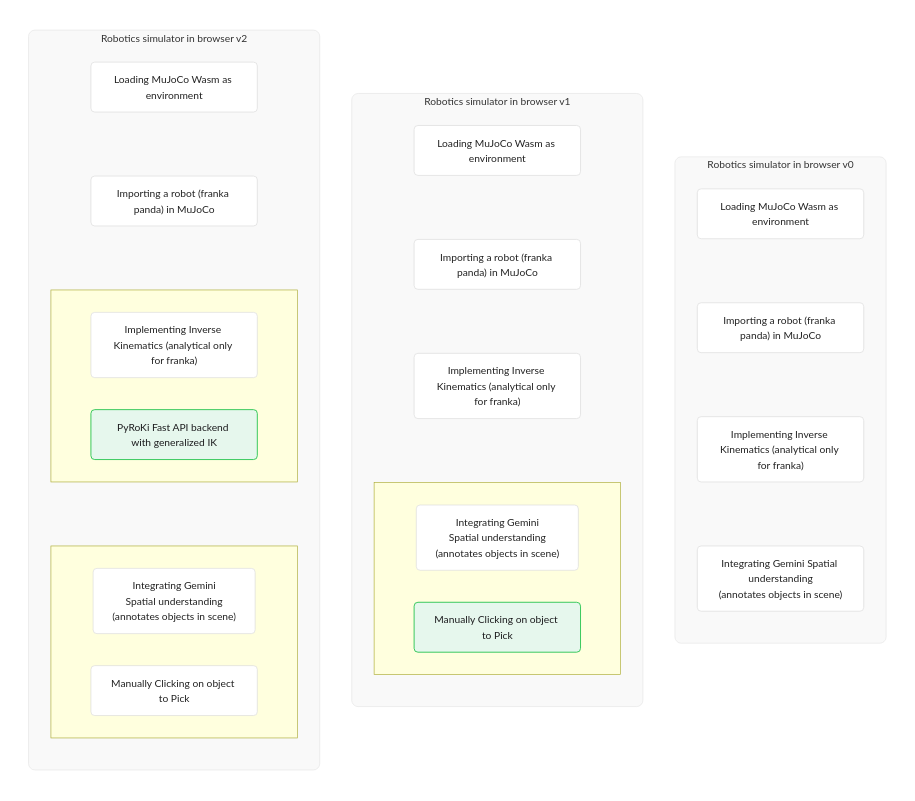
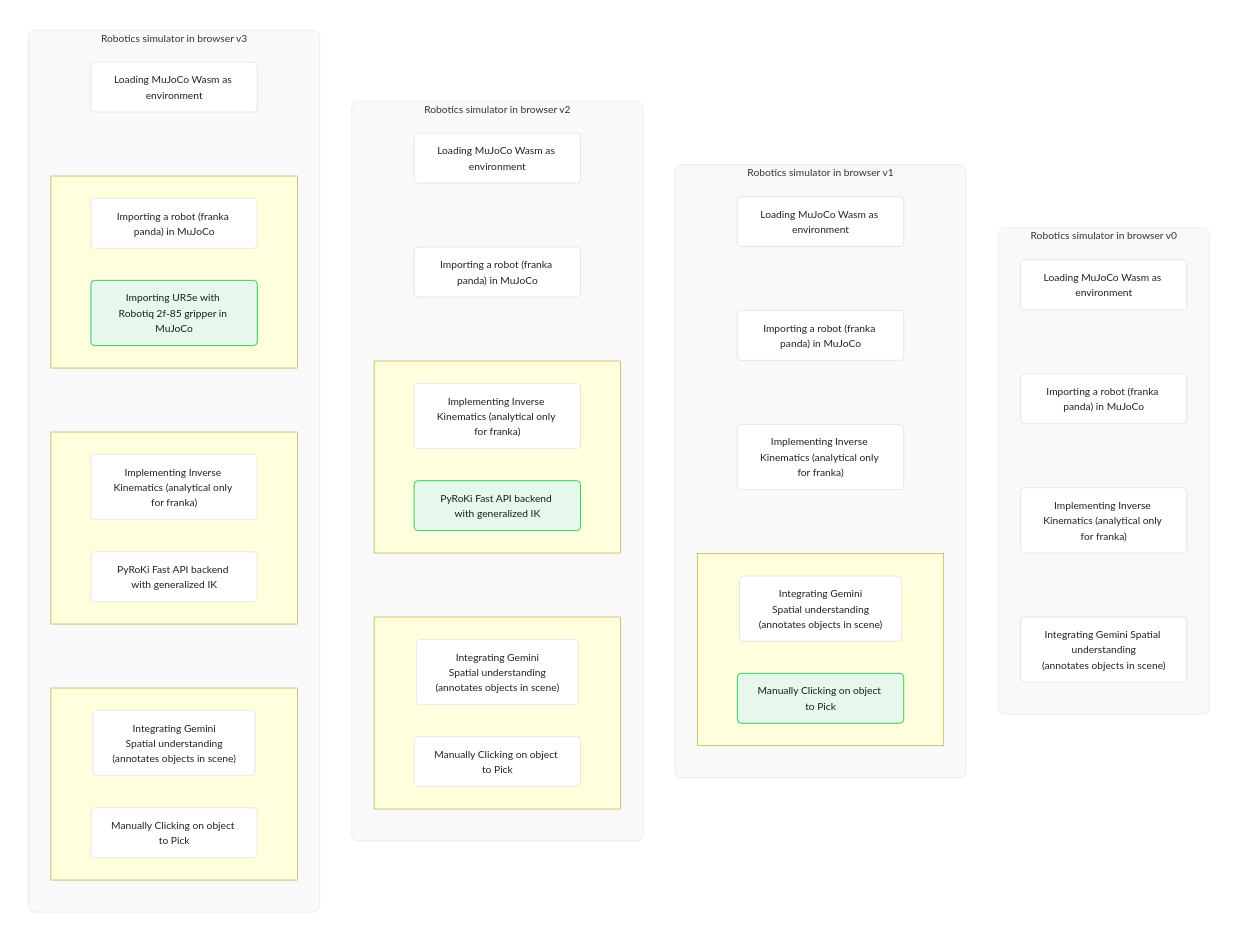
Before and after one commit to Amit0617/click-to-pick: the diagram in README.md, drawn with Mermaid. The commit also changed other lines of this file and 5 other files, not shown here.

````diff
--- a/README.md
+++ b/README.md
@@ -53,6 +53,31 @@
             
             C1 ~~~ C2 ~~~ aboveBottomRow ~~~ bottomRow1
         end
+
+        subgraph v3["Robotics simulator in browser v3"]
+            direction TB
+            D1["Loading MuJoCo Wasm as environment"]
+            
+            subgraph belowTop[" "]
+                direction LR
+                D2["Importing a robot (franka panda) in MuJoCo"]
+                D3["Importing UR5e with Robotiq 2f-85 gripper in MuJoCo"]
+            end
+            
+            subgraph aboveBottomRow1[" "]
+                direction LR
+                D4["Implementing Inverse Kinematics (analytical only for franka)"]
+                D5["PyRoKi Fast API backend with generalized IK"]
+            end
+
+            subgraph bottomRow2[" "]
+                direction LR
+                D6["Integrating Gemini<br/>Spatial understanding<br/>(annotates objects in scene)"]
+                D7["Manually Clicking on object to Pick"]
+            end
+            
+            D1 ~~~ belowTop ~~~ aboveBottomRow1 ~~~ bottomRow2
+        end
    end
 
     %% Styles
@@ -61,10 +86,12 @@
     
     class B5 greenCard;
     class C4 greenCard;
+    class D3 greenCard;
     
     style root fill:none,stroke:none;
     style v0 fill:#F9F9F9,stroke:#E5E5E5,stroke-width:1px,rx:10px;
     style v1 fill:#F9F9F9,stroke:#E5E5E5,stroke-width:1px,rx:10px;
     style v2 fill:#F9F9F9,stroke:#E5E5E5,stroke-width:1px,rx:10px;
+    style v3 fill:#F9F9F9,stroke:#E5E5E5,stroke-width:1px,rx:10px;
 
 ```
````
